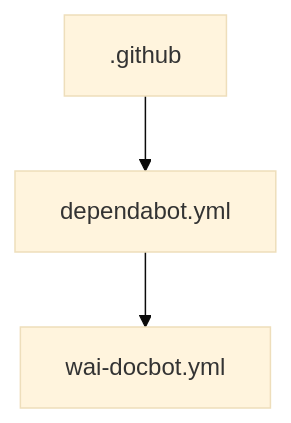
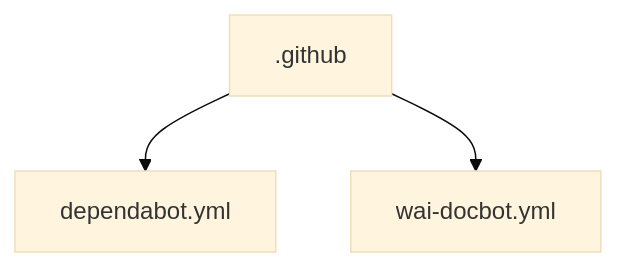
The diagram in _docs/README.md (adamtasteslikegood/ArtazzenMobile), drawn with Mermaid (base theme) before and after one commit.

Commit message:
Modify dependency flow in README architecture section

````diff
--- a/_docs/README.md
+++ b/_docs/README.md
@@ -38,8 +38,8 @@
 ```mermaid
 graph TD
     C0[.github]
     C1[dependabot.yml]
     C2[wai-docbot.yml]
     C0 --> C1
-    C1 --> C2
+    C0 --> C2
 ```
````
